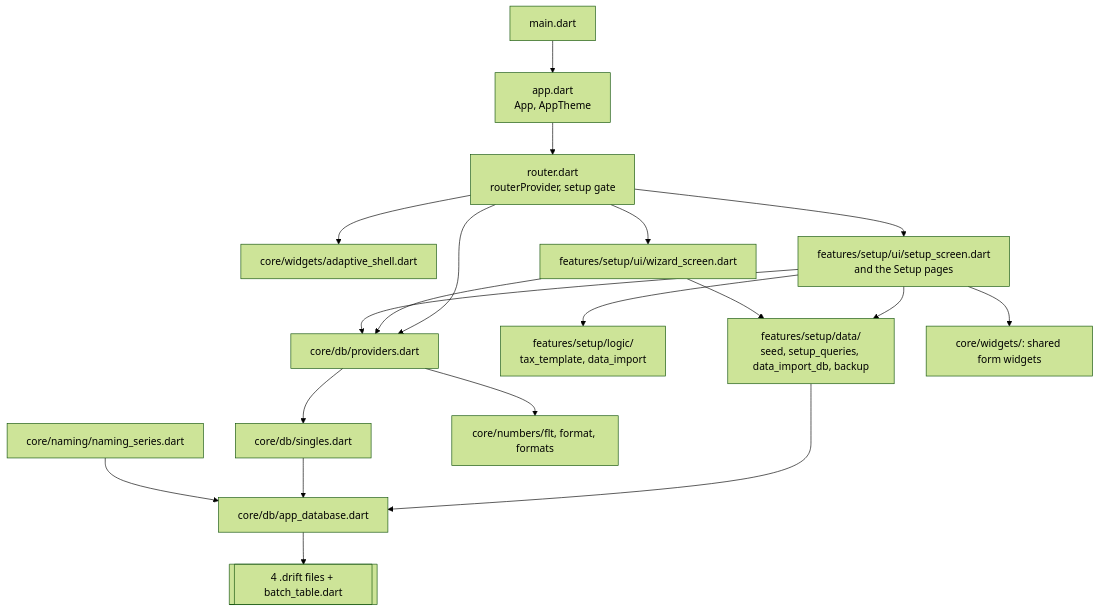
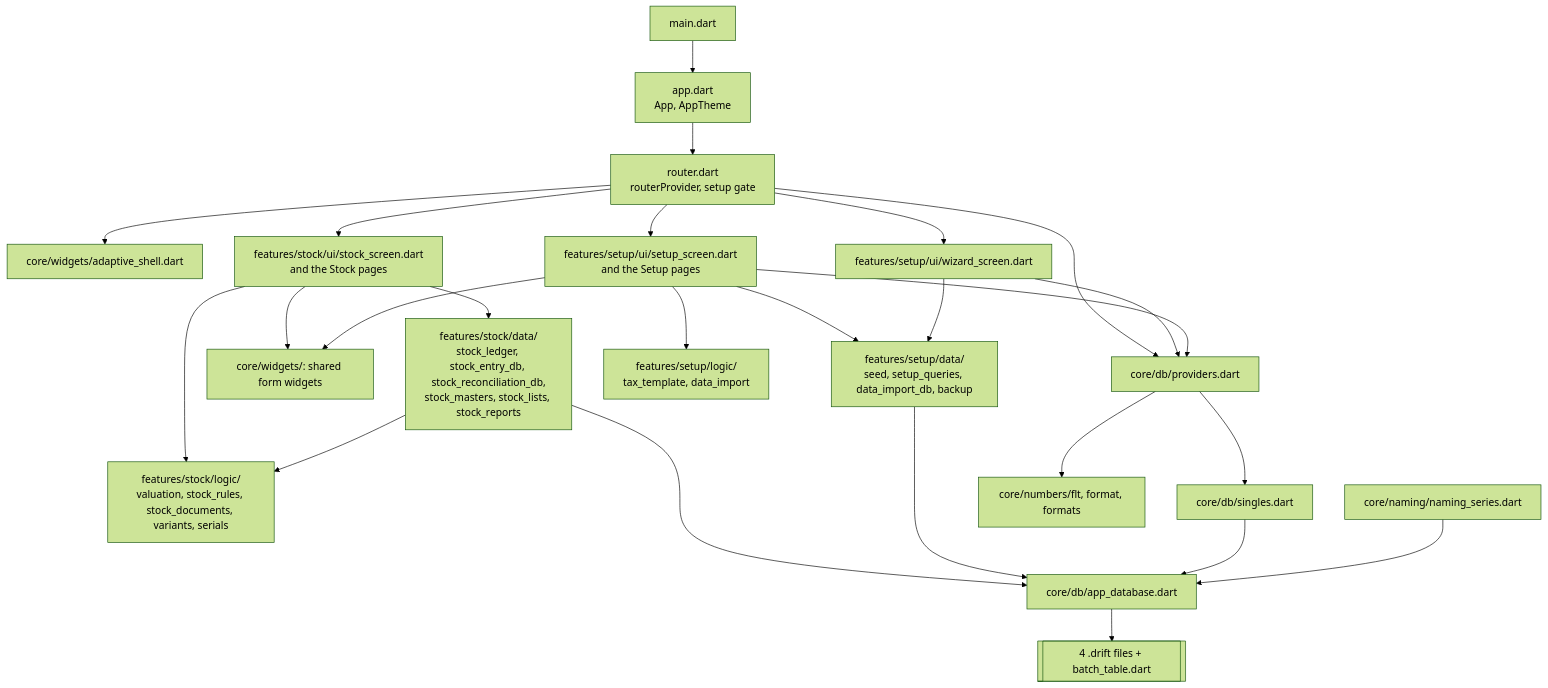
Before and after one commit to haroisded/Rx-Merchant: the second of 3 diagrams in .claude/erpnext-planner/system-documentation.md, drawn with Mermaid (forest theme). The commit also changed other lines of this file and 96 other files, not shown here.

````diff
--- a/.claude/erpnext-planner/system-documentation.md
+++ b/.claude/erpnext-planner/system-documentation.md
@@ -286,21 +324,27 @@
 ```mermaid
 flowchart TD
     main[main.dart] --> App[app.dart<br/>App, AppTheme]
     App --> Router[router.dart<br/>routerProvider, setup gate]
     Router --> Shell[core/widgets/adaptive_shell.dart]
     Router --> Wizard[features/setup/ui/wizard_screen.dart]
     Router --> SetupUi[features/setup/ui/setup_screen.dart<br/>and the Setup pages]
+    Router --> StockUi[features/stock/ui/stock_screen.dart<br/>and the Stock pages]
+    StockUi --> StockLogic[features/stock/logic/<br/>valuation, stock_rules, stock_documents, variants, serials]
+    StockUi --> StockData[features/stock/data/<br/>stock_ledger, stock_entry_db, stock_reconciliation_db,<br/>stock_masters, stock_lists, stock_reports]
+    StockData --> StockLogic
+    StockData --> Database
+    StockUi --> Widgets
     Router --> Providers[core/db/providers.dart]
     Wizard --> Providers
     SetupUi --> Providers
     SetupUi --> Logic[features/setup/logic/<br/>tax_template, data_import]
     SetupUi --> SetupData[features/setup/data/<br/>seed, setup_queries, data_import_db, backup]
     Wizard --> SetupData
     SetupData --> Database
     Providers --> Singles[core/db/singles.dart]
     Singles --> Database[core/db/app_database.dart]
     Naming[core/naming/naming_series.dart] --> Database
     Database --> Drift[[4 .drift files + batch_table.dart]]
     Providers --> Numbers[core/numbers/flt, format, formats]
     SetupUi --> Widgets[core/widgets/: shared form widgets]
 ```
````
